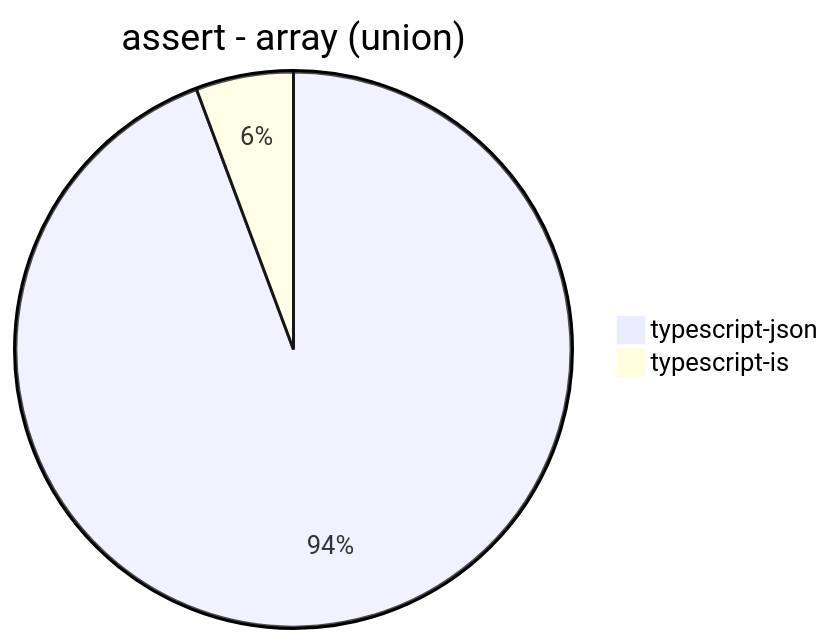
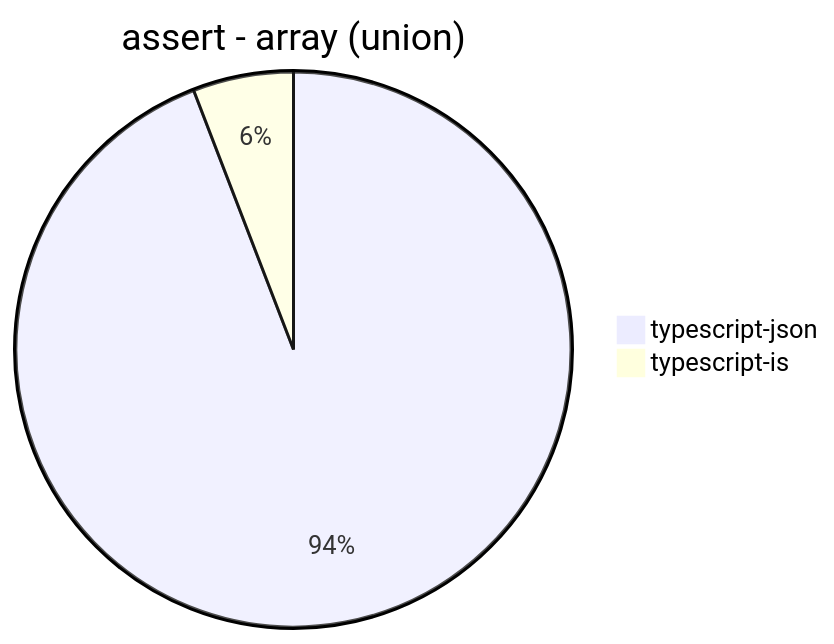
One commit to samchon/typia changed the fifth of 30 diagrams in benchmark/results/AMD Ryzen 7 5800H with Radeon Graphics         .md. Above: the diagram before and after it, drawn with Mermaid. The commit also changed other lines of this file, not shown here.

````diff
--- a/benchmark/results/AMD Ryzen 7 5800H with Radeon Graphics         .md
+++ b/benchmark/results/AMD Ryzen 7 5800H with Radeon Graphics         .md
@@ -45,5 +45,5 @@
 ```mermaid
 pie title assert - array (union)
-  "typescript-json": 3529.6064729680033
-  "typescript-is": 212.5998547567175
+  "typescript-json": 3490.3086862885857
+  "typescript-is": 217.00223713646534
 ```
````
